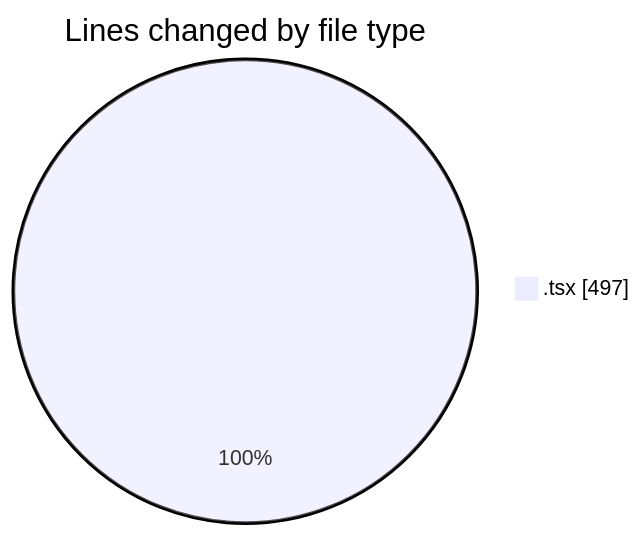
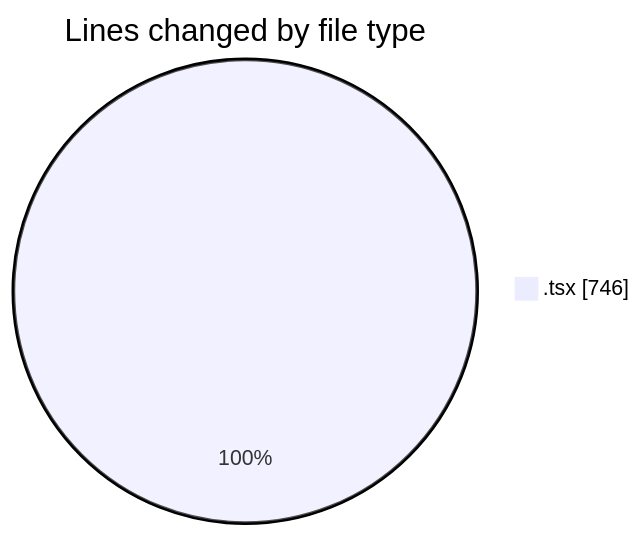
The first of 2 diagrams in 2025-10-19/scopecraft/README.md (Ritupan-Deka/code-tracking), drawn with Mermaid before and after one commit. The commit also changed other lines of this file and 1 other file, not shown here.

````diff
--- a/2025-10-19/scopecraft/README.md
+++ b/2025-10-19/scopecraft/README.md
@@ -24,5 +24,5 @@
 ```mermaid
 pie showData
 title Lines changed by file type
-".tsx" : 497
+".tsx" : 746
 ```
````
